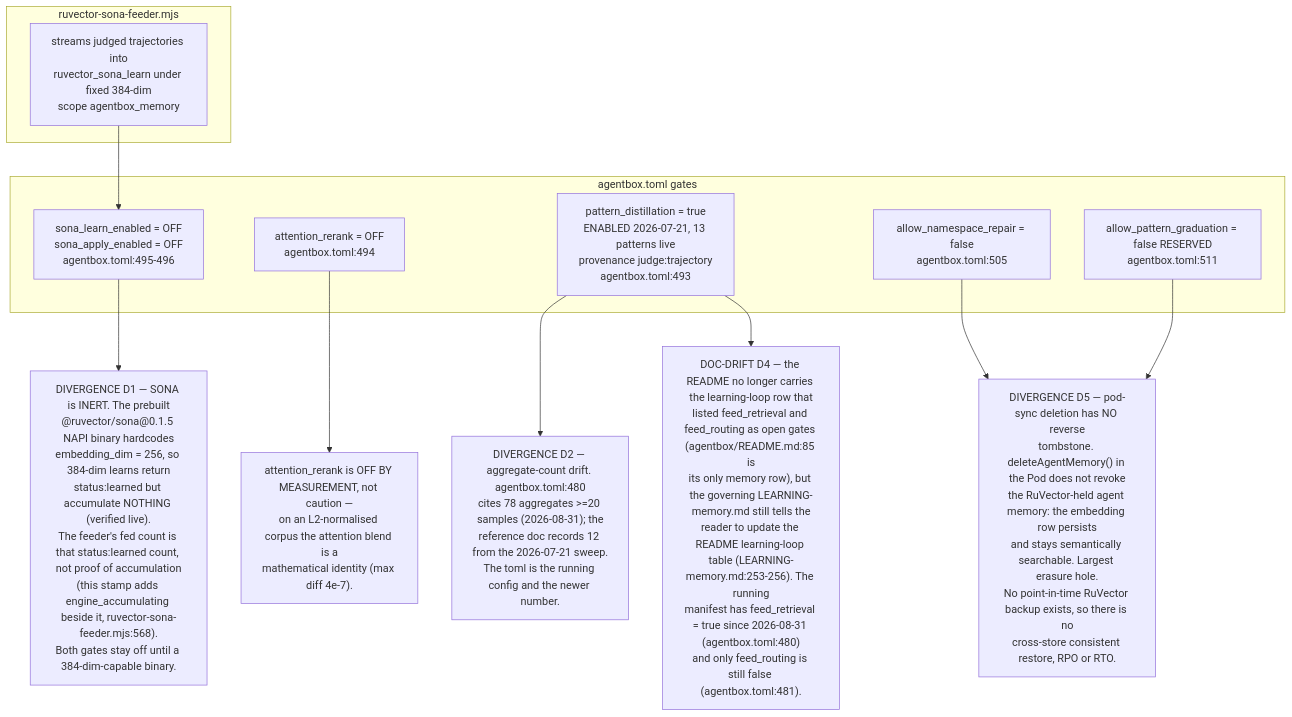
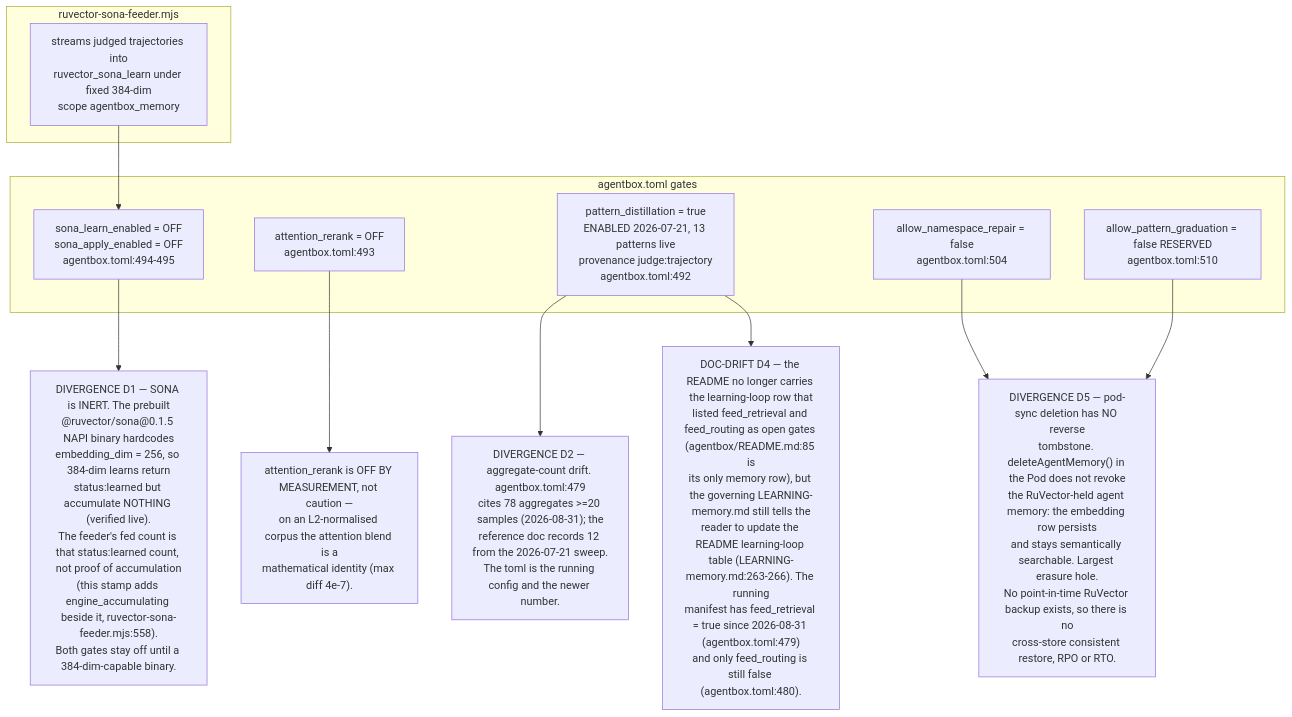
One commit to DreamLab-AI/VisionFlow changed the fifth of 6 diagrams in docs/diagrams/estate/07-memory-and-embedding-estate.md. Above: the diagram before and after it, drawn with Mermaid. The commit also changed other lines of this file and 91 other files, not shown here.

````diff
--- a/docs/diagrams/estate/07-memory-and-embedding-estate.md
+++ b/docs/diagrams/estate/07-memory-and-embedding-estate.md
@@ -170,26 +171,26 @@
 ```mermaid
 flowchart TB
     subgraph feeder["ruvector-sona-feeder.mjs"]
         F1["streams judged trajectories into<br/>ruvector_sona_learn under fixed 384-dim<br/>scope agentbox_memory"]
     end
     subgraph gates["agentbox.toml gates"]
-        G1["sona_learn_enabled = OFF<br/>sona_apply_enabled = OFF<br/>agentbox.toml:495-496"]
-        G2["attention_rerank = OFF<br/>agentbox.toml:494"]
-        G3["pattern_distillation = true<br/>ENABLED 2026-07-21, 13 patterns live<br/>provenance judge:trajectory<br/>agentbox.toml:493"]
-        G4["allow_namespace_repair = false<br/>agentbox.toml:505"]
-        G5["allow_pattern_graduation = false RESERVED<br/>agentbox.toml:511"]
+        G1["sona_learn_enabled = OFF<br/>sona_apply_enabled = OFF<br/>agentbox.toml:494-495"]
+        G2["attention_rerank = OFF<br/>agentbox.toml:493"]
+        G3["pattern_distillation = true<br/>ENABLED 2026-07-21, 13 patterns live<br/>provenance judge:trajectory<br/>agentbox.toml:492"]
+        G4["allow_namespace_repair = false<br/>agentbox.toml:504"]
+        G5["allow_pattern_graduation = false RESERVED<br/>agentbox.toml:510"]
     end
-    D1["DIVERGENCE D1 — SONA is INERT. The prebuilt<br/>@ruvector/sona@0.1.5 NAPI binary hardcodes<br/>embedding_dim = 256, so 384-dim learns return<br/>status:learned but accumulate NOTHING (verified live).<br/>The feeder's fed count is that status:learned count, not proof of accumulation<br/>(this stamp adds engine_accumulating beside it, ruvector-sona-feeder.mjs:568).<br/>Both gates stay off until a 384-dim-capable binary."]
+    D1["DIVERGENCE D1 — SONA is INERT. The prebuilt<br/>@ruvector/sona@0.1.5 NAPI binary hardcodes<br/>embedding_dim = 256, so 384-dim learns return<br/>status:learned but accumulate NOTHING (verified live).<br/>The feeder's fed count is that status:learned count, not proof of accumulation<br/>(this stamp adds engine_accumulating beside it, ruvector-sona-feeder.mjs:558).<br/>Both gates stay off until a 384-dim-capable binary."]
     D1B["attention_rerank is OFF BY MEASUREMENT, not caution —<br/>on an L2-normalised corpus the attention blend is a<br/>mathematical identity (max diff 4e-7)."]
-    D2["DIVERGENCE D2 — aggregate-count drift. agentbox.toml:480<br/>cites 78 aggregates >=20 samples (2026-08-31); the<br/>reference doc records 12 from the 2026-07-21 sweep.<br/>The toml is the running config and the newer number."]
-    D4["DOC-DRIFT D4 — the README no longer carries the learning-loop row that<br/>listed feed_retrieval and feed_routing as open gates (agentbox/README.md:85 is<br/>its only memory row), but the governing LEARNING-memory.md still tells the<br/>reader to update the README learning-loop table (LEARNING-memory.md:253-256). The running<br/>manifest has feed_retrieval = true since 2026-08-31 (agentbox.toml:480)<br/>and only feed_routing is still false (agentbox.toml:481)."]
+    D2["DIVERGENCE D2 — aggregate-count drift. agentbox.toml:479<br/>cites 78 aggregates >=20 samples (2026-08-31); the<br/>reference doc records 12 from the 2026-07-21 sweep.<br/>The toml is the running config and the newer number."]
+    D4["DOC-DRIFT D4 — the README no longer carries the learning-loop row that<br/>listed feed_retrieval and feed_routing as open gates (agentbox/README.md:85 is<br/>its only memory row), but the governing LEARNING-memory.md still tells the<br/>reader to update the README learning-loop table (LEARNING-memory.md:263-266). The running<br/>manifest has feed_retrieval = true since 2026-08-31 (agentbox.toml:479)<br/>and only feed_routing is still false (agentbox.toml:480)."]
     D5["DIVERGENCE D5 — pod-sync deletion has NO reverse<br/>tombstone. deleteAgentMemory() in the Pod does not revoke<br/>the RuVector-held agent memory: the embedding row persists<br/>and stays semantically searchable. Largest erasure hole.<br/>No point-in-time RuVector backup exists, so there is no<br/>cross-store consistent restore, RPO or RTO."]
 
     F1 --> G1
     G1 --> D1
     G2 --> D1B
     G3 --> D2
     G3 --> D4
     G4 --> D5
     G5 --> D5
 ```
````
